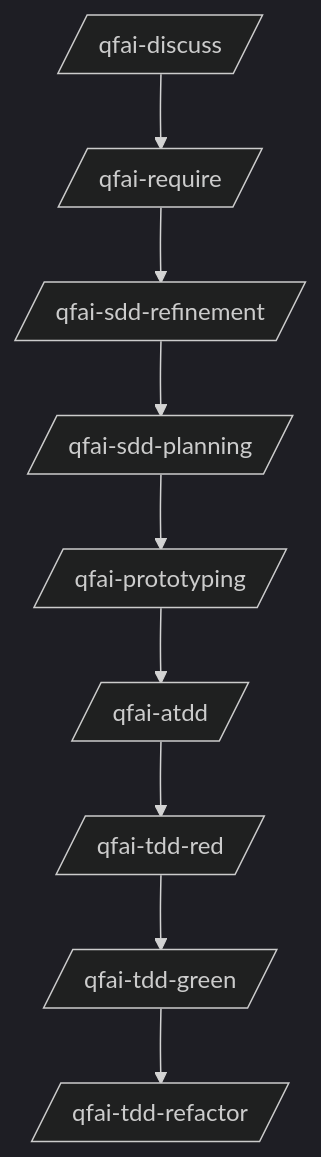
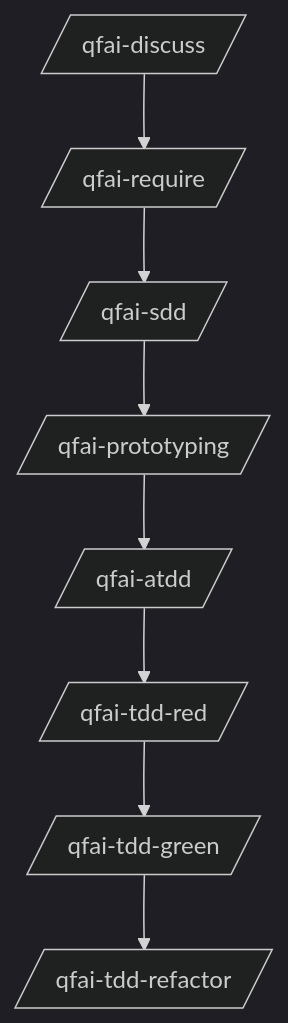
One commit to aganesy/QFAI changed the diagram in packages/qfai/assets/init/.qfai/README.md. Above: the diagram before and after it, drawn with Mermaid (dark theme). The commit also changed other lines of this file and 18 other files, not shown here.

Commit message:
docs(skills): switch all sdd guidance to qfai-sdd

````diff
--- a/packages/qfai/assets/init/.qfai/README.md
+++ b/packages/qfai/assets/init/.qfai/README.md
@@ -15,11 +15,10 @@
 ```mermaid
 flowchart TD
   A[/qfai-discuss/] --> B[/qfai-require/]
-  B --> C[/qfai-sdd-refinement/]
-  C --> D[/qfai-sdd-planning/]
-  D --> E[/qfai-prototyping/]
-  E --> F[/qfai-atdd/]
-  F --> G[/qfai-tdd-red/]
-  G --> H[/qfai-tdd-green/]
-  H --> I[/qfai-tdd-refactor/]
+  B --> C[/qfai-sdd/]
+  C --> D[/qfai-prototyping/]
+  D --> E[/qfai-atdd/]
+  E --> F[/qfai-tdd-red/]
+  F --> G[/qfai-tdd-green/]
+  G --> H[/qfai-tdd-refactor/]
 ```
````
